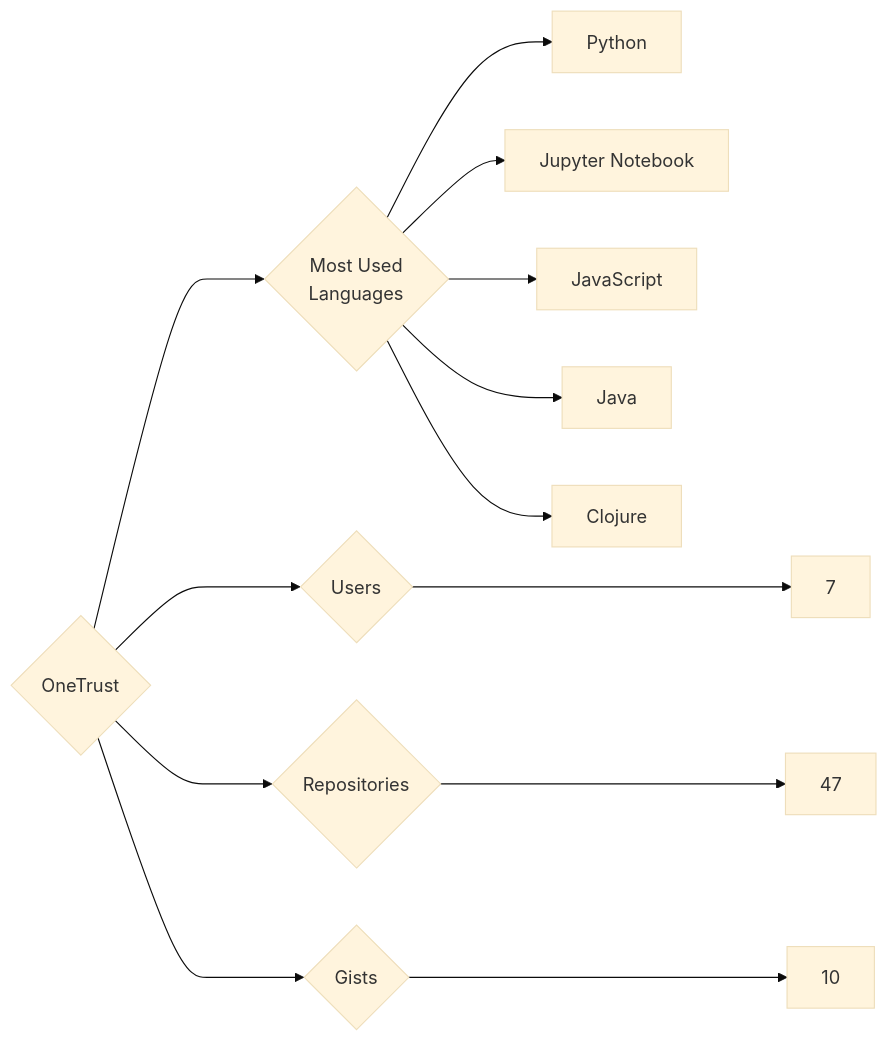
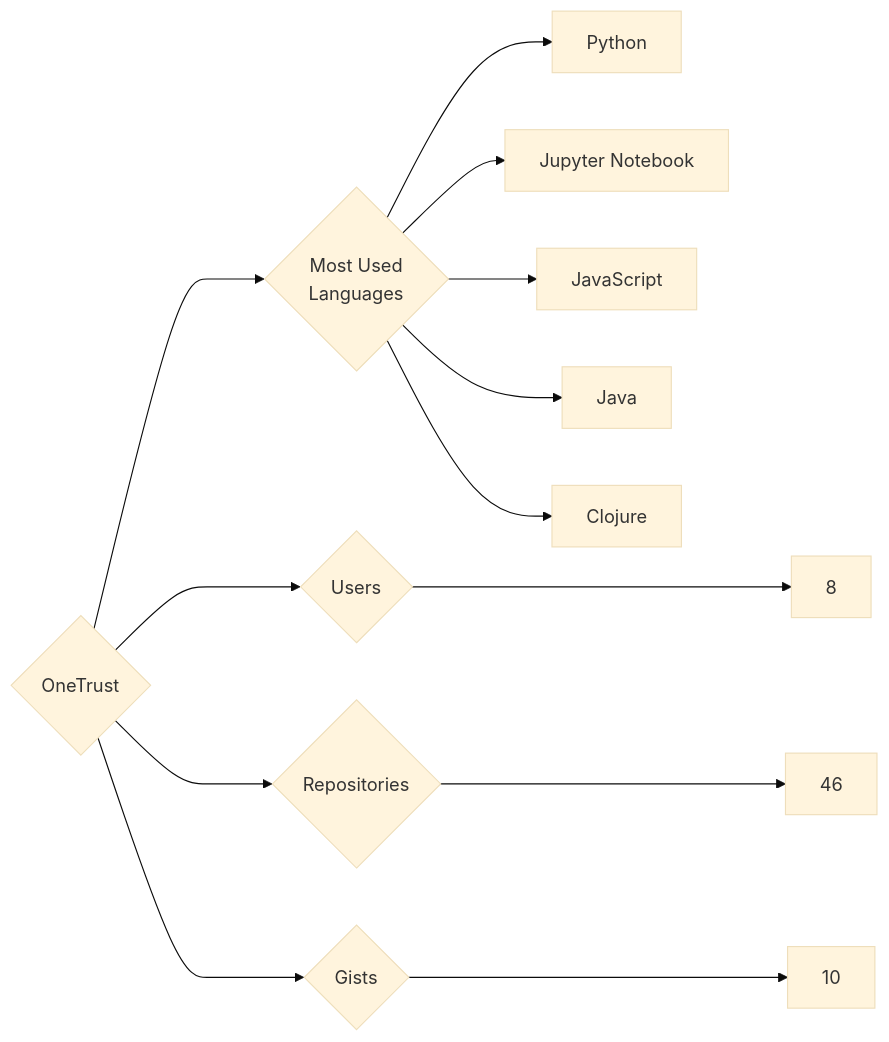
The diagram in targets/OneTrust/README.md (trickest/insiders), drawn with Mermaid (base theme) before and after one commit. The commit also changed 1508 other files, not shown here.

````diff
--- a/targets/OneTrust/README.md
+++ b/targets/OneTrust/README.md
@@ -3,13 +3,13 @@
 ```mermaid
 graph LR
 COMPANY_NAME{OneTrust}
-COMPANY_NAME ---> U{Users} ---> UN[7]
-COMPANY_NAME ---> R{Repositories} ---> RN[47]
+COMPANY_NAME ---> U{Users} ---> UN[8]
+COMPANY_NAME ---> R{Repositories} ---> RN[46]
 COMPANY_NAME ---> G{Gists} ---> GN[10]
 COMPANY_NAME ---> ML{Most Used<br>Languages}
 ML --> Python[Python]
 ML --> Jupyter_Notebook[Jupyter Notebook]
 ML --> JavaScript[JavaScript]
 ML --> Java[Java]
 ML --> Clojure[Clojure]
 ```
````
